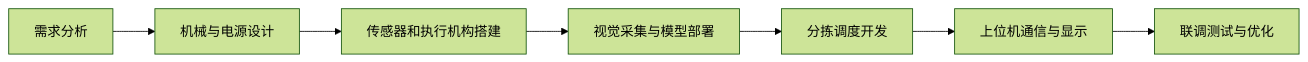
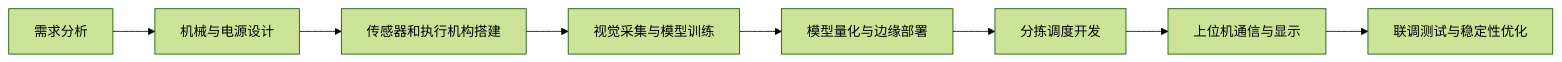
Before and after one commit to JingdongCui/ESP_Detection: the first of 6 diagrams in docs/competition_report_draft.md, drawn with Mermaid (forest theme). The commit also changed other lines of this file and 5 other files, not shown here.

````diff
--- a/docs/competition_report_draft.md
+++ b/docs/competition_report_draft.md
@@ -58,9 +67,10 @@
 ```mermaid
 flowchart LR
     A[需求分析] --> B[机械与电源设计]
     B --> C[传感器和执行机构搭建]
-    C --> D[视觉采集与模型部署]
-    D --> E[分拣调度开发]
-    E --> F[上位机通信与显示]
-    F --> G[联调测试与优化]
+    C --> D[视觉采集与模型训练]
+    D --> E[模型量化与边缘部署]
+    E --> F[分拣调度开发]
+    F --> G[上位机通信与显示]
+    G --> H[联调测试与稳定性优化]
 ```
````
